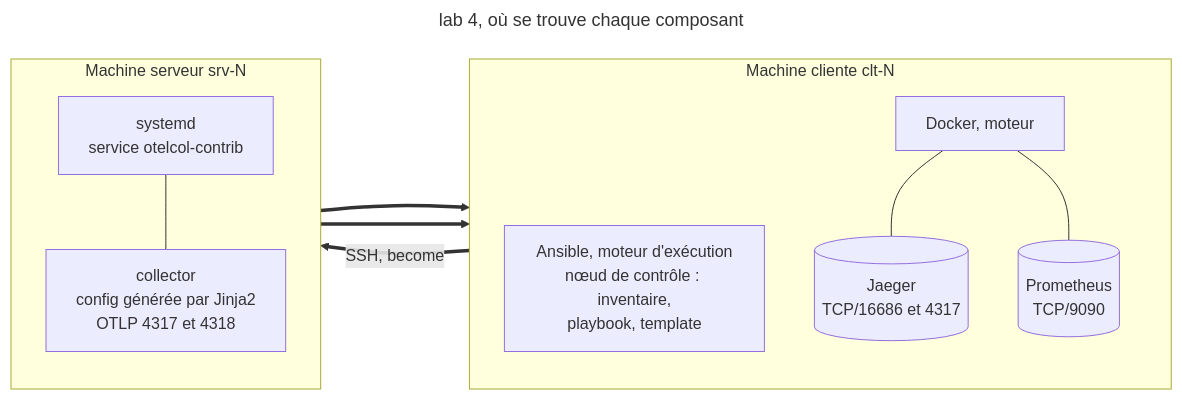
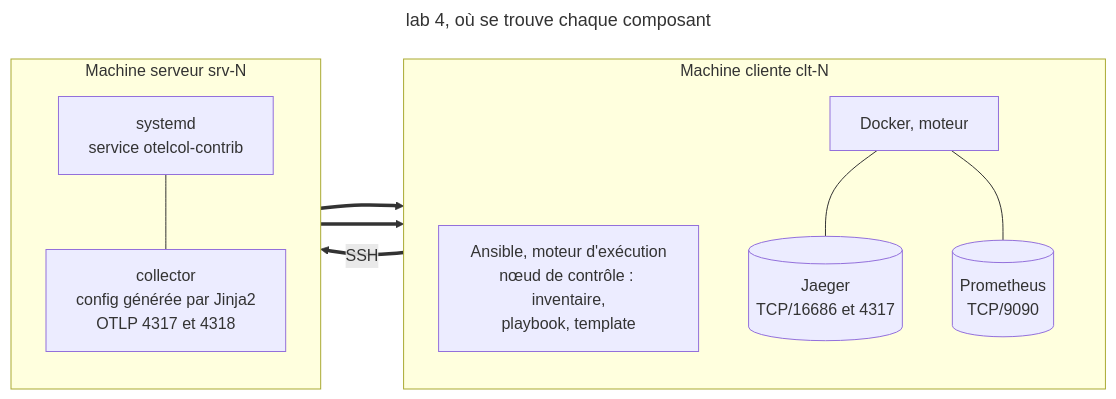
Before and after one commit to pragmatic-fermat/opentelemetry-labs: the first of 6 diagrams in Lab_04_Ansible_Jinja2.md, drawn with Mermaid. The commit also changed other lines of this file, not shown here.

Commit message:
lab 4 : retrait de become des legendes des schemas
Les labels des schemas indiquent desormais seulement SSH ; become reste explique
dans le texte et dans le playbook, ou il a un sens.

````diff
--- a/Lab_04_Ansible_Jinja2.md
+++ b/Lab_04_Ansible_Jinja2.md
@@ -53,26 +53,26 @@
 ```mermaid
 ---
 title: lab 4, où se trouve chaque composant
 ---
 flowchart LR
   subgraph CLT["Machine cliente clt-N"]
     direction TB
     AN["Ansible, moteur d'exécution<br/>nœud de contrôle : inventaire,<br/>playbook, template"]
     DK["Docker, moteur"]
     J[("Jaeger<br/>TCP/16686 et 4317")]
     P[("Prometheus<br/>TCP/9090")]
     DK --- J
     DK --- P
   end
 
   subgraph SRV["Machine serveur srv-N"]
     direction TB
     SY["systemd<br/>service otelcol-contrib"]
     CO["collector<br/>config générée par Jinja2<br/>OTLP 4317 et 4318"]
     SY --- CO
   end
 
-  AN ==>|SSH, become| SY
+  AN ==>|SSH| SY
   CO ==> J
   CO ==> P
 ```
````
